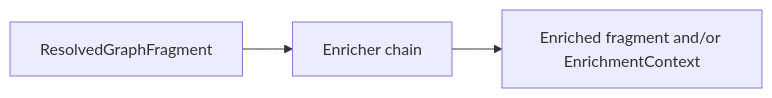
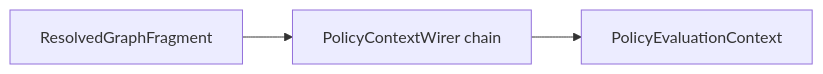
Diagram 16 of 20 in docs/design/policy/overview.md (qpointz/objs), drawn with Mermaid before and after one commit. The commit also changed other lines of this file and 20 other files, not shown here.

First line of the commit message:
[docs] Lock C-24 S1 design and document policy evaluation

````diff
--- a/docs/design/policy/overview.md
+++ b/docs/design/policy/overview.md
@@ -544,7 +547,7 @@
 ```mermaid
 flowchart LR
   R[ResolvedGraphFragment]
-  En[Enricher chain]
-  Ctx[Enriched fragment and/or EnrichmentContext]
-  R --> En --> Ctx
+  Wirer[PolicyContextWirer chain]
+  Ctx[PolicyEvaluationContext]
+  R --> Wirer --> Ctx
 ```
````
